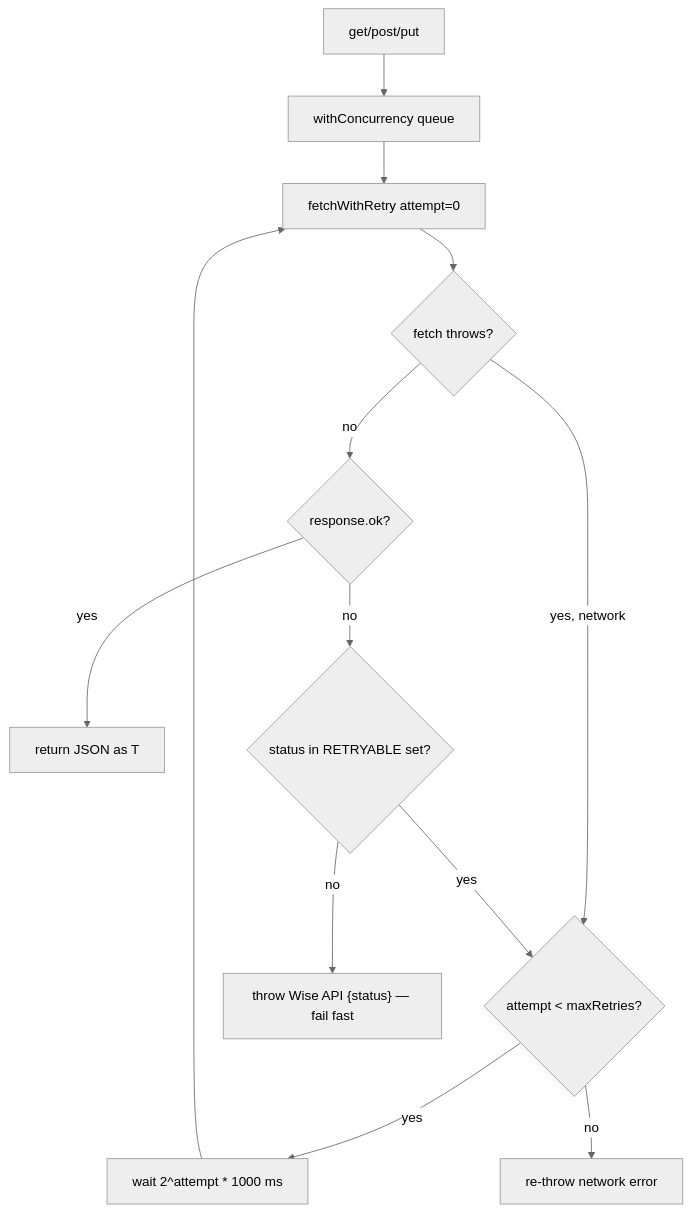
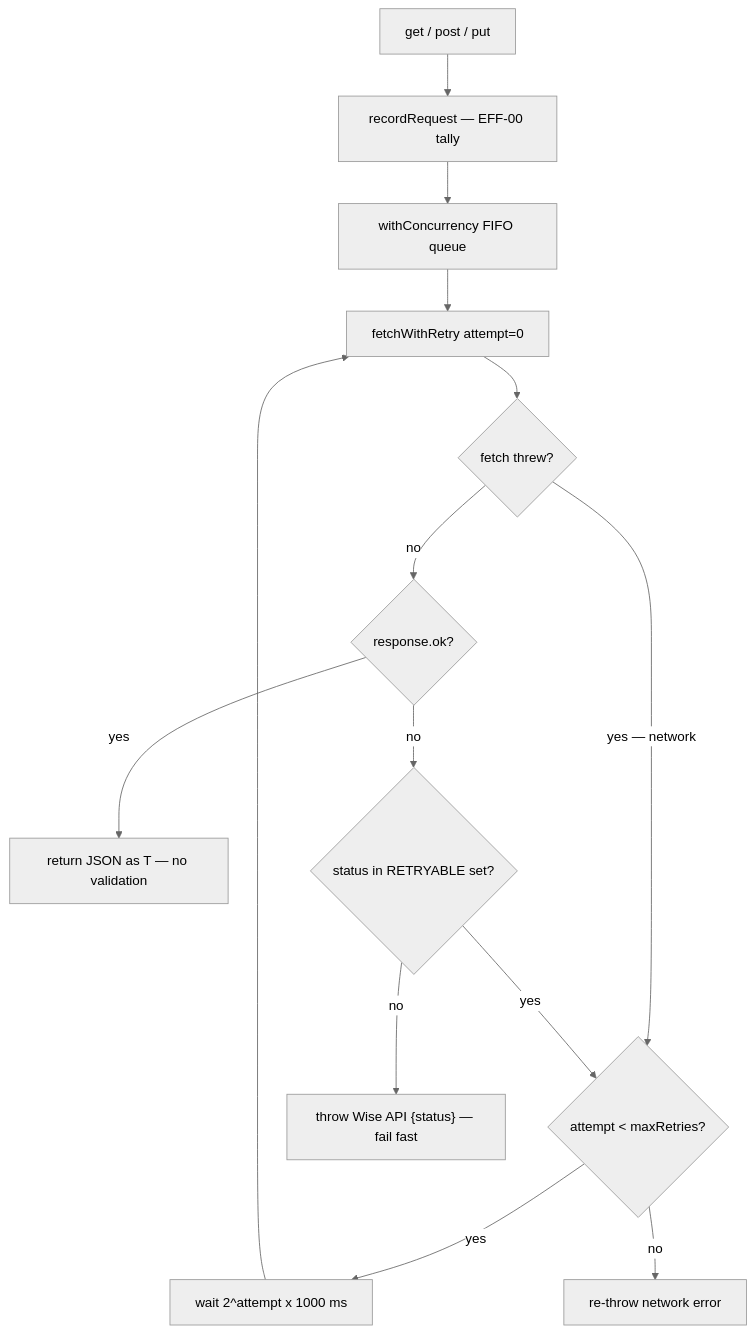
Before and after one commit to kasheesh711/bgscheduler: the diagram in docs/reference/wise-api.md, drawn with Mermaid (neutral theme). The commit also changed other lines of this file and 95 other files, not shown here.

````diff
--- a/docs/reference/wise-api.md
+++ b/docs/reference/wise-api.md
@@ -151,14 +144,15 @@
 ```mermaid
 flowchart TD
-  A[get/post/put] --> B[withConcurrency queue]
-  B --> C[fetchWithRetry attempt=0]
-  C --> D{fetch throws?}
-  D -->|yes, network| E{attempt < maxRetries?}
-  E -->|yes| W[wait 2^attempt * 1000 ms] --> C
+  A["get / post / put"] --> R[recordRequest — EFF-00 tally]
+  R --> B[withConcurrency FIFO queue]
+  B --> C["fetchWithRetry attempt=0"]
+  C --> D{fetch threw?}
+  D -->|"yes — network"| E{attempt < maxRetries?}
+  E -->|yes| W["wait 2^attempt x 1000 ms"] --> C
   E -->|no| X[re-throw network error]
   D -->|no| F{response.ok?}
-  F -->|yes| G[return JSON as T]
+  F -->|yes| G["return JSON as T — no validation"]
   F -->|no| H{status in RETRYABLE set?}
   H -->|no| Y["throw Wise API {status} — fail fast"]
   H -->|yes| E
 ```
````
